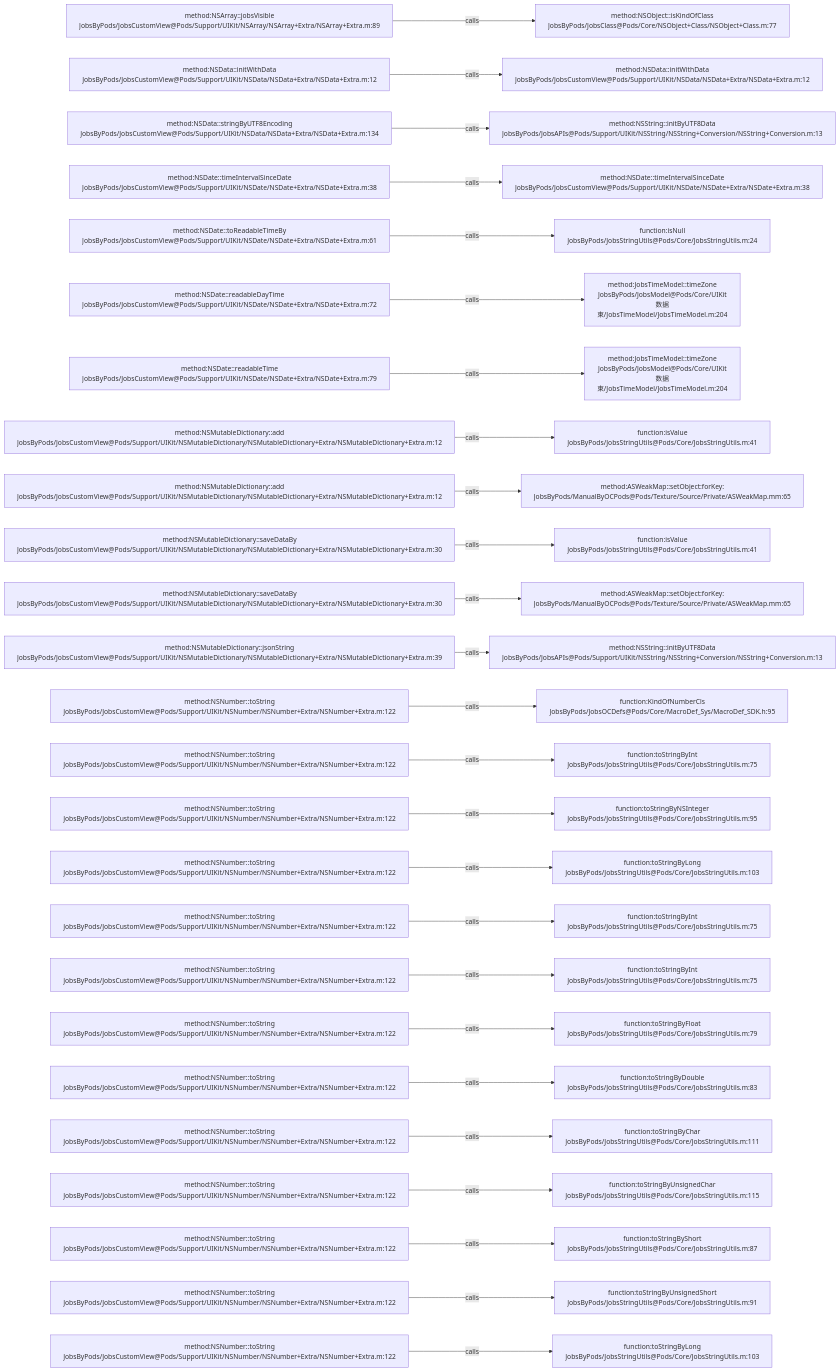
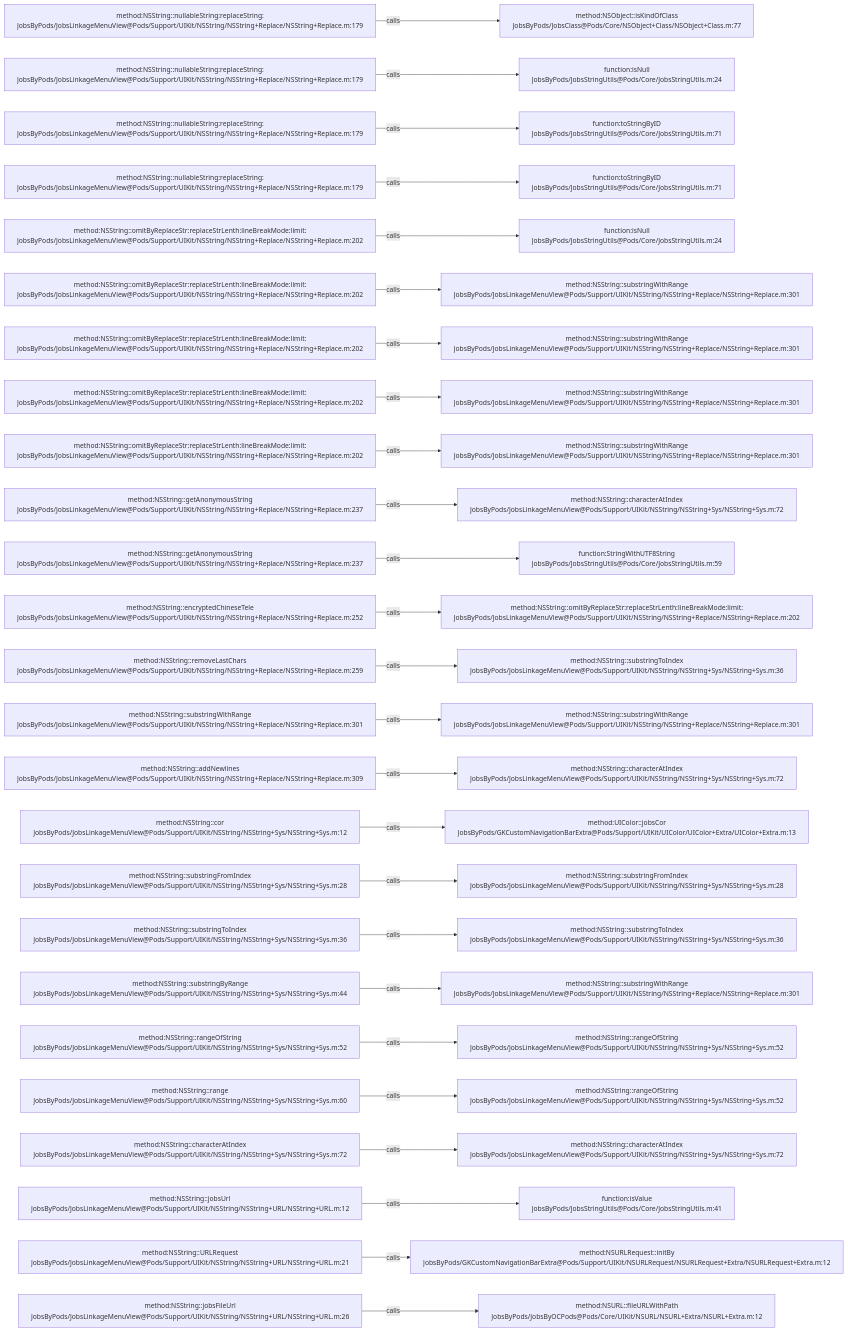
One commit to JobsKits/JobsOCBaseConfigDemo changed the diagram in .codegraph/codegraph.md/graphs/calls-105.md. Above: the diagram before and after it, drawn with Mermaid. The commit also changed 1026 other files, not shown here.

````diff
--- a/.codegraph/codegraph.md/graphs/calls-105.md
+++ b/.codegraph/codegraph.md/graphs/calls-105.md
@@ -13,78 +13,78 @@
 ```mermaid
 flowchart LR
-  S1["method:NSArray::jobsVisible<br/>JobsByPods/JobsCustomView@Pods/Support/UIKit/NSArray/NSArray+Extra/NSArray+Extra.m:89"]
+  S1["method:NSString::nullableString:replaceString:<br/>JobsByPods/JobsLinkageMenuView@Pods/Support/UIKit/NSString/NSString+Replace/NSString+Replace.m:179"]
   T1["method:NSObject::isKindOfClass<br/>JobsByPods/JobsClass@Pods/Core/NSObject+Class/NSObject+Class.m:77"]
   S1 -->|calls| T1
-  S2["method:NSData::initWithData<br/>JobsByPods/JobsCustomView@Pods/Support/UIKit/NSData/NSData+Extra/NSData+Extra.m:12"]
-  T2["method:NSData::initWithData<br/>JobsByPods/JobsCustomView@Pods/Support/UIKit/NSData/NSData+Extra/NSData+Extra.m:12"]
+  S2["method:NSString::nullableString:replaceString:<br/>JobsByPods/JobsLinkageMenuView@Pods/Support/UIKit/NSString/NSString+Replace/NSString+Replace.m:179"]
+  T2["function:isNull<br/>JobsByPods/JobsStringUtils@Pods/Core/JobsStringUtils.m:24"]
   S2 -->|calls| T2
-  S3["method:NSData::stringByUTF8Encoding<br/>JobsByPods/JobsCustomView@Pods/Support/UIKit/NSData/NSData+Extra/NSData+Extra.m:134"]
-  T3["method:NSString::initByUTF8Data<br/>JobsByPods/JobsAPIs@Pods/Support/UIKit/NSString/NSString+Conversion/NSString+Conversion.m:13"]
+  S3["method:NSString::nullableString:replaceString:<br/>JobsByPods/JobsLinkageMenuView@Pods/Support/UIKit/NSString/NSString+Replace/NSString+Replace.m:179"]
+  T3["function:toStringByID<br/>JobsByPods/JobsStringUtils@Pods/Core/JobsStringUtils.m:71"]
   S3 -->|calls| T3
-  S4["method:NSDate::timeIntervalSinceDate<br/>JobsByPods/JobsCustomView@Pods/Support/UIKit/NSDate/NSDate+Extra/NSDate+Extra.m:38"]
-  T4["method:NSDate::timeIntervalSinceDate<br/>JobsByPods/JobsCustomView@Pods/Support/UIKit/NSDate/NSDate+Extra/NSDate+Extra.m:38"]
+  S4["method:NSString::nullableString:replaceString:<br/>JobsByPods/JobsLinkageMenuView@Pods/Support/UIKit/NSString/NSString+Replace/NSString+Replace.m:179"]
+  T4["function:toStringByID<br/>JobsByPods/JobsStringUtils@Pods/Core/JobsStringUtils.m:71"]
   S4 -->|calls| T4
-  S5["method:NSDate::toReadableTimeBy<br/>JobsByPods/JobsCustomView@Pods/Support/UIKit/NSDate/NSDate+Extra/NSDate+Extra.m:61"]
+  S5["method:NSString::omitByReplaceStr:replaceStrLenth:lineBreakMode:limit:<br/>JobsByPods/JobsLinkageMenuView@Pods/Support/UIKit/NSString/NSString+Replace/NSString+Replace.m:202"]
   T5["function:isNull<br/>JobsByPods/JobsStringUtils@Pods/Core/JobsStringUtils.m:24"]
   S5 -->|calls| T5
-  S6["method:NSDate::readableDayTime<br/>JobsByPods/JobsCustomView@Pods/Support/UIKit/NSDate/NSDate+Extra/NSDate+Extra.m:72"]
-  T6["method:JobsTimeModel::timeZone<br/>JobsByPods/JobsModel@Pods/Core/UIKit数据束/JobsTimeModel/JobsTimeModel.m:204"]
+  S6["method:NSString::omitByReplaceStr:replaceStrLenth:lineBreakMode:limit:<br/>JobsByPods/JobsLinkageMenuView@Pods/Support/UIKit/NSString/NSString+Replace/NSString+Replace.m:202"]
+  T6["method:NSString::substringWithRange<br/>JobsByPods/JobsLinkageMenuView@Pods/Support/UIKit/NSString/NSString+Replace/NSString+Replace.m:301"]
   S6 -->|calls| T6
-  S7["method:NSDate::readableTime<br/>JobsByPods/JobsCustomView@Pods/Support/UIKit/NSDate/NSDate+Extra/NSDate+Extra.m:79"]
-  T7["method:JobsTimeModel::timeZone<br/>JobsByPods/JobsModel@Pods/Core/UIKit数据束/JobsTimeModel/JobsTimeModel.m:204"]
+  S7["method:NSString::omitByReplaceStr:replaceStrLenth:lineBreakMode:limit:<br/>JobsByPods/JobsLinkageMenuView@Pods/Support/UIKit/NSString/NSString+Replace/NSString+Replace.m:202"]
+  T7["method:NSString::substringWithRange<br/>JobsByPods/JobsLinkageMenuView@Pods/Support/UIKit/NSString/NSString+Replace/NSString+Replace.m:301"]
   S7 -->|calls| T7
-  S8["method:NSMutableDictionary::add<br/>JobsByPods/JobsCustomView@Pods/Support/UIKit/NSMutableDictionary/NSMutableDictionary+Extra/NSMutableDictionary+Extra.m:12"]
-  T8["function:isValue<br/>JobsByPods/JobsStringUtils@Pods/Core/JobsStringUtils.m:41"]
+  S8["method:NSString::omitByReplaceStr:replaceStrLenth:lineBreakMode:limit:<br/>JobsByPods/JobsLinkageMenuView@Pods/Support/UIKit/NSString/NSString+Replace/NSString+Replace.m:202"]
+  T8["method:NSString::substringWithRange<br/>JobsByPods/JobsLinkageMenuView@Pods/Support/UIKit/NSString/NSString+Replace/NSString+Replace.m:301"]
   S8 -->|calls| T8
-  S9["method:NSMutableDictionary::add<br/>JobsByPods/JobsCustomView@Pods/Support/UIKit/NSMutableDictionary/NSMutableDictionary+Extra/NSMutableDictionary+Extra.m:12"]
-  T9["method:ASWeakMap::setObject:forKey:<br/>JobsByPods/ManualByOCPods@Pods/Texture/Source/Private/ASWeakMap.mm:65"]
+  S9["method:NSString::omitByReplaceStr:replaceStrLenth:lineBreakMode:limit:<br/>JobsByPods/JobsLinkageMenuView@Pods/Support/UIKit/NSString/NSString+Replace/NSString+Replace.m:202"]
+  T9["method:NSString::substringWithRange<br/>JobsByPods/JobsLinkageMenuView@Pods/Support/UIKit/NSString/NSString+Replace/NSString+Replace.m:301"]
   S9 -->|calls| T9
-  S10["method:NSMutableDictionary::saveDataBy<br/>JobsByPods/JobsCustomView@Pods/Support/UIKit/NSMutableDictionary/NSMutableDictionary+Extra/NSMutableDictionary+Extra.m:30"]
-  T10["function:isValue<br/>JobsByPods/JobsStringUtils@Pods/Core/JobsStringUtils.m:41"]
+  S10["method:NSString::getAnonymousString<br/>JobsByPods/JobsLinkageMenuView@Pods/Support/UIKit/NSString/NSString+Replace/NSString+Replace.m:237"]
+  T10["method:NSString::characterAtIndex<br/>JobsByPods/JobsLinkageMenuView@Pods/Support/UIKit/NSString/NSString+Sys/NSString+Sys.m:72"]
   S10 -->|calls| T10
-  S11["method:NSMutableDictionary::saveDataBy<br/>JobsByPods/JobsCustomView@Pods/Support/UIKit/NSMutableDictionary/NSMutableDictionary+Extra/NSMutableDictionary+Extra.m:30"]
-  T11["method:ASWeakMap::setObject:forKey:<br/>JobsByPods/ManualByOCPods@Pods/Texture/Source/Private/ASWeakMap.mm:65"]
+  S11["method:NSString::getAnonymousString<br/>JobsByPods/JobsLinkageMenuView@Pods/Support/UIKit/NSString/NSString+Replace/NSString+Replace.m:237"]
+  T11["function:StringWithUTF8String<br/>JobsByPods/JobsStringUtils@Pods/Core/JobsStringUtils.m:59"]
   S11 -->|calls| T11
-  S12["method:NSMutableDictionary::jsonString<br/>JobsByPods/JobsCustomView@Pods/Support/UIKit/NSMutableDictionary/NSMutableDictionary+Extra/NSMutableDictionary+Extra.m:39"]
-  T12["method:NSString::initByUTF8Data<br/>JobsByPods/JobsAPIs@Pods/Support/UIKit/NSString/NSString+Conversion/NSString+Conversion.m:13"]
+  S12["method:NSString::encryptedChineseTele<br/>JobsByPods/JobsLinkageMenuView@Pods/Support/UIKit/NSString/NSString+Replace/NSString+Replace.m:252"]
+  T12["method:NSString::omitByReplaceStr:replaceStrLenth:lineBreakMode:limit:<br/>JobsByPods/JobsLinkageMenuView@Pods/Support/UIKit/NSString/NSString+Replace/NSString+Replace.m:202"]
   S12 -->|calls| T12
-  S13["method:NSNumber::toString<br/>JobsByPods/JobsCustomView@Pods/Support/UIKit/NSNumber/NSNumber+Extra/NSNumber+Extra.m:122"]
-  T13["function:KindOfNumberCls<br/>JobsByPods/JobsOCDefs@Pods/Core/MacroDef_Sys/MacroDef_SDK.h:95"]
+  S13["method:NSString::removeLastChars<br/>JobsByPods/JobsLinkageMenuView@Pods/Support/UIKit/NSString/NSString+Replace/NSString+Replace.m:259"]
+  T13["method:NSString::substringToIndex<br/>JobsByPods/JobsLinkageMenuView@Pods/Support/UIKit/NSString/NSString+Sys/NSString+Sys.m:36"]
   S13 -->|calls| T13
-  S14["method:NSNumber::toString<br/>JobsByPods/JobsCustomView@Pods/Support/UIKit/NSNumber/NSNumber+Extra/NSNumber+Extra.m:122"]
-  T14["function:toStringByInt<br/>JobsByPods/JobsStringUtils@Pods/Core/JobsStringUtils.m:75"]
+  S14["method:NSString::substringWithRange<br/>JobsByPods/JobsLinkageMenuView@Pods/Support/UIKit/NSString/NSString+Replace/NSString+Replace.m:301"]
+  T14["method:NSString::substringWithRange<br/>JobsByPods/JobsLinkageMenuView@Pods/Support/UIKit/NSString/NSString+Replace/NSString+Replace.m:301"]
   S14 -->|calls| T14
-  S15["method:NSNumber::toString<br/>JobsByPods/JobsCustomView@Pods/Support/UIKit/NSNumber/NSNumber+Extra/NSNumber+Extra.m:122"]
-  T15["function:toStringByNSInteger<br/>JobsByPods/JobsStringUtils@Pods/Core/JobsStringUtils.m:95"]
+  S15["method:NSString::addNewlines<br/>JobsByPods/JobsLinkageMenuView@Pods/Support/UIKit/NSString/NSString+Replace/NSString+Replace.m:309"]
+  T15["method:NSString::characterAtIndex<br/>JobsByPods/JobsLinkageMenuView@Pods/Support/UIKit/NSString/NSString+Sys/NSString+Sys.m:72"]
   S15 -->|calls| T15
-  S16["method:NSNumber::toString<br/>JobsByPods/JobsCustomView@Pods/Support/UIKit/NSNumber/NSNumber+Extra/NSNumber+Extra.m:122"]
-  T16["function:toStringByLong<br/>JobsByPods/JobsStringUtils@Pods/Core/JobsStringUtils.m:103"]
+  S16["method:NSString::cor<br/>JobsByPods/JobsLinkageMenuView@Pods/Support/UIKit/NSString/NSString+Sys/NSString+Sys.m:12"]
+  T16["method:UIColor::jobsCor<br/>JobsByPods/GKCustomNavigationBarExtra@Pods/Support/UIKit/UIColor/UIColor+Extra/UIColor+Extra.m:13"]
   S16 -->|calls| T16
-  S17["method:NSNumber::toString<br/>JobsByPods/JobsCustomView@Pods/Support/UIKit/NSNumber/NSNumber+Extra/NSNumber+Extra.m:122"]
-  T17["function:toStringByInt<br/>JobsByPods/JobsStringUtils@Pods/Core/JobsStringUtils.m:75"]
+  S17["method:NSString::substringFromIndex<br/>JobsByPods/JobsLinkageMenuView@Pods/Support/UIKit/NSString/NSString+Sys/NSString+Sys.m:28"]
+  T17["method:NSString::substringFromIndex<br/>JobsByPods/JobsLinkageMenuView@Pods/Support/UIKit/NSString/NSString+Sys/NSString+Sys.m:28"]
   S17 -->|calls| T17
-  S18["method:NSNumber::toString<br/>JobsByPods/JobsCustomView@Pods/Support/UIKit/NSNumber/NSNumber+Extra/NSNumber+Extra.m:122"]
-  T18["function:toStringByInt<br/>JobsByPods/JobsStringUtils@Pods/Core/JobsStringUtils.m:75"]
+  S18["method:NSString::substringToIndex<br/>JobsByPods/JobsLinkageMenuView@Pods/Support/UIKit/NSString/NSString+Sys/NSString+Sys.m:36"]
+  T18["method:NSString::substringToIndex<br/>JobsByPods/JobsLinkageMenuView@Pods/Support/UIKit/NSString/NSString+Sys/NSString+Sys.m:36"]
   S18 -->|calls| T18
-  S19["method:NSNumber::toString<br/>JobsByPods/JobsCustomView@Pods/Support/UIKit/NSNumber/NSNumber+Extra/NSNumber+Extra.m:122"]
-  T19["function:toStringByFloat<br/>JobsByPods/JobsStringUtils@Pods/Core/JobsStringUtils.m:79"]
+  S19["method:NSString::substringByRange<br/>JobsByPods/JobsLinkageMenuView@Pods/Support/UIKit/NSString/NSString+Sys/NSString+Sys.m:44"]
+  T19["method:NSString::substringWithRange<br/>JobsByPods/JobsLinkageMenuView@Pods/Support/UIKit/NSString/NSString+Replace/NSString+Replace.m:301"]
   S19 -->|calls| T19
-  S20["method:NSNumber::toString<br/>JobsByPods/JobsCustomView@Pods/Support/UIKit/NSNumber/NSNumber+Extra/NSNumber+Extra.m:122"]
-  T20["function:toStringByDouble<br/>JobsByPods/JobsStringUtils@Pods/Core/JobsStringUtils.m:83"]
+  S20["method:NSString::rangeOfString<br/>JobsByPods/JobsLinkageMenuView@Pods/Support/UIKit/NSString/NSString+Sys/NSString+Sys.m:52"]
+  T20["method:NSString::rangeOfString<br/>JobsByPods/JobsLinkageMenuView@Pods/Support/UIKit/NSString/NSString+Sys/NSString+Sys.m:52"]
   S20 -->|calls| T20
-  S21["method:NSNumber::toString<br/>JobsByPods/JobsCustomView@Pods/Support/UIKit/NSNumber/NSNumber+Extra/NSNumber+Extra.m:122"]
-  T21["function:toStringByChar<br/>JobsByPods/JobsStringUtils@Pods/Core/JobsStringUtils.m:111"]
+  S21["method:NSString::range<br/>JobsByPods/JobsLinkageMenuView@Pods/Support/UIKit/NSString/NSString+Sys/NSString+Sys.m:60"]
+  T21["method:NSString::rangeOfString<br/>JobsByPods/JobsLinkageMenuView@Pods/Support/UIKit/NSString/NSString+Sys/NSString+Sys.m:52"]
   S21 -->|calls| T21
-  S22["method:NSNumber::toString<br/>JobsByPods/JobsCustomView@Pods/Support/UIKit/NSNumber/NSNumber+Extra/NSNumber+Extra.m:122"]
-  T22["function:toStringByUnsignedChar<br/>JobsByPods/JobsStringUtils@Pods/Core/JobsStringUtils.m:115"]
+  S22["method:NSString::characterAtIndex<br/>JobsByPods/JobsLinkageMenuView@Pods/Support/UIKit/NSString/NSString+Sys/NSString+Sys.m:72"]
+  T22["method:NSString::characterAtIndex<br/>JobsByPods/JobsLinkageMenuView@Pods/Support/UIKit/NSString/NSString+Sys/NSString+Sys.m:72"]
   S22 -->|calls| T22
-  S23["method:NSNumber::toString<br/>JobsByPods/JobsCustomView@Pods/Support/UIKit/NSNumber/NSNumber+Extra/NSNumber+Extra.m:122"]
-  T23["function:toStringByShort<br/>JobsByPods/JobsStringUtils@Pods/Core/JobsStringUtils.m:87"]
+  S23["method:NSString::jobsUrl<br/>JobsByPods/JobsLinkageMenuView@Pods/Support/UIKit/NSString/NSString+URL/NSString+URL.m:12"]
+  T23["function:isValue<br/>JobsByPods/JobsStringUtils@Pods/Core/JobsStringUtils.m:41"]
   S23 -->|calls| T23
-  S24["method:NSNumber::toString<br/>JobsByPods/JobsCustomView@Pods/Support/UIKit/NSNumber/NSNumber+Extra/NSNumber+Extra.m:122"]
-  T24["function:toStringByUnsignedShort<br/>JobsByPods/JobsStringUtils@Pods/Core/JobsStringUtils.m:91"]
+  S24["method:NSString::URLRequest<br/>JobsByPods/JobsLinkageMenuView@Pods/Support/UIKit/NSString/NSString+URL/NSString+URL.m:21"]
+  T24["method:NSURLRequest::initBy<br/>JobsByPods/GKCustomNavigationBarExtra@Pods/Support/UIKit/NSURLRequest/NSURLRequest+Extra/NSURLRequest+Extra.m:12"]
   S24 -->|calls| T24
-  S25["method:NSNumber::toString<br/>JobsByPods/JobsCustomView@Pods/Support/UIKit/NSNumber/NSNumber+Extra/NSNumber+Extra.m:122"]
-  T25["function:toStringByLong<br/>JobsByPods/JobsStringUtils@Pods/Core/JobsStringUtils.m:103"]
+  S25["method:NSString::jobsFileUrl<br/>JobsByPods/JobsLinkageMenuView@Pods/Support/UIKit/NSString/NSString+URL/NSString+URL.m:26"]
+  T25["method:NSURL::fileURLWithPath<br/>JobsByPods/JobsByOCPods@Pods/Core/UIKit/NSURL/NSURL+Extra/NSURL+Extra.m:12"]
   S25 -->|calls| T25
 ```
````
